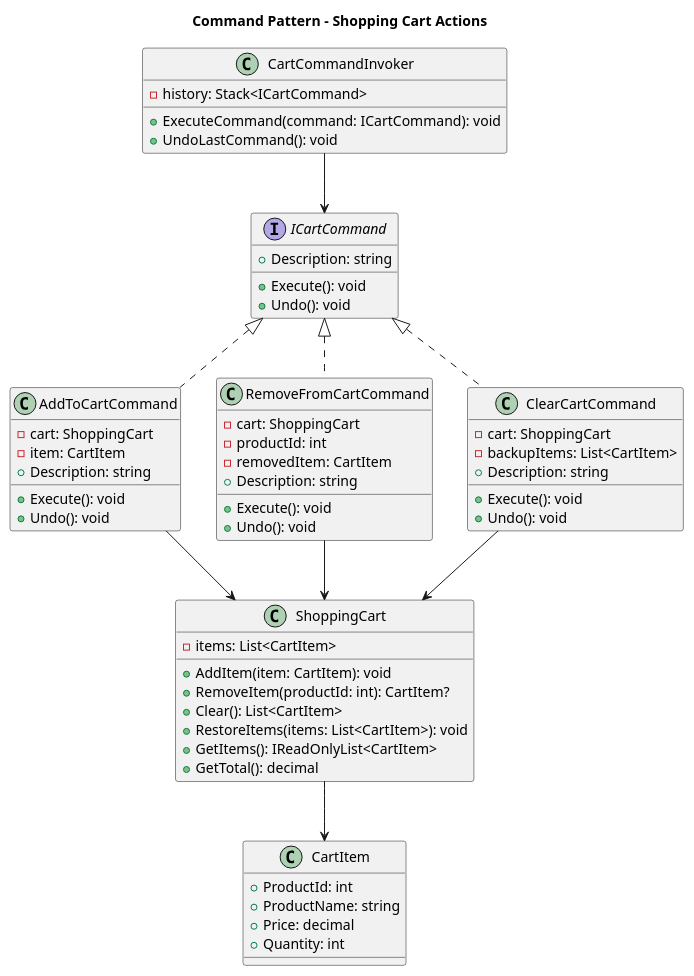
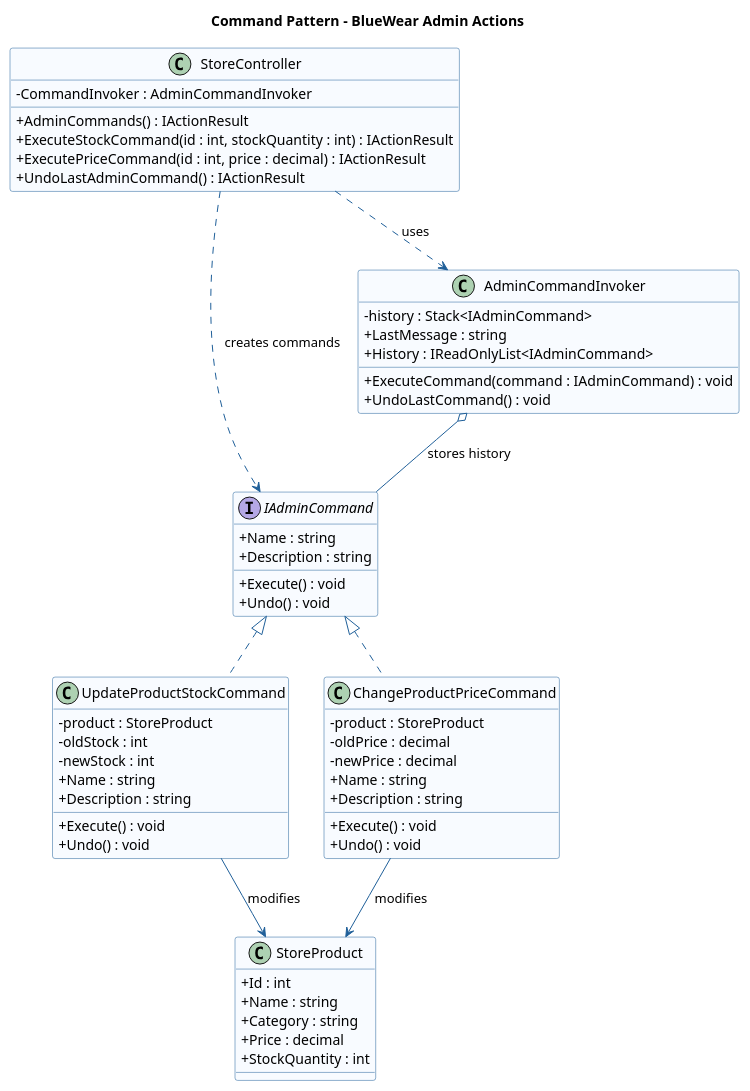
Before and after one commit to AnastasiaMoglan/OnlineClothingStore: the diagram in OnlineClothingStore/OnlineClothingStore.Core/diagrame/Command.puml, drawn with PlantUML. The commit also changed 46 other files, not shown here.

```diff
--- a/OnlineClothingStore/OnlineClothingStore.Core/diagrame/Command.puml
+++ b/OnlineClothingStore/OnlineClothingStore.Core/diagrame/Command.puml
@@ -1,68 +1,74 @@
 @startuml
-title Command Pattern - Shopping Cart Actions
+skinparam classAttributeIconSize 0
+skinparam shadowing false
 
-class CartItem {
-    +ProductId: int
-    +ProductName: string
-    +Price: decimal
-    +Quantity: int
+skinparam class {
+    BackgroundColor #F8FBFF
+    BorderColor #1F5F99
+    ArrowColor #1F5F99
 }
 
-class ShoppingCart {
-    -items: List<CartItem>
-    +AddItem(item: CartItem): void
-    +RemoveItem(productId: int): CartItem?
-    +Clear(): List<CartItem>
-    +RestoreItems(items: List<CartItem>): void
-    +GetItems(): IReadOnlyList<CartItem>
-    +GetTotal(): decimal
+title Command Pattern - BlueWear Admin Actions
+
+interface IAdminCommand {
+    + Name : string
+    + Description : string
+    + Execute() : void
+    + Undo() : void
 }
 
-interface ICartCommand {
-    +Execute(): void
-    +Undo(): void
-    +Description: string
+class UpdateProductStockCommand {
+    - product : StoreProduct
+    - oldStock : int
+    - newStock : int
+    + Name : string
+    + Description : string
+    + Execute() : void
+    + Undo() : void
 }
 
-class AddToCartCommand {
-    -cart: ShoppingCart
-    -item: CartItem
-    +Execute(): void
-    +Undo(): void
-    +Description: string
+class ChangeProductPriceCommand {
+    - product : StoreProduct
+    - oldPrice : decimal
+    - newPrice : decimal
+    + Name : string
+    + Description : string
+    + Execute() : void
+    + Undo() : void
 }
 
-class RemoveFromCartCommand {
-    -cart: ShoppingCart
-    -productId: int
-    -removedItem: CartItem
-    +Execute(): void
-    +Undo(): void
-    +Description: string
+class AdminCommandInvoker {
+    - history : Stack<IAdminCommand>
+    + LastMessage : string
+    + History : IReadOnlyList<IAdminCommand>
+    + ExecuteCommand(command : IAdminCommand) : void
+    + UndoLastCommand() : void
 }
 
-class ClearCartCommand {
-    -cart: ShoppingCart
-    -backupItems: List<CartItem>
-    +Execute(): void
-    +Undo(): void
-    +Description: string
+class StoreProduct {
+    + Id : int
+    + Name : string
+    + Category : string
+    + Price : decimal
+    + StockQuantity : int
 }
 
-class CartCommandInvoker {
-    -history: Stack<ICartCommand>
-    +ExecuteCommand(command: ICartCommand): void
-    +UndoLastCommand(): void
+class StoreController {
+    - CommandInvoker : AdminCommandInvoker
+    + AdminCommands() : IActionResult
+    + ExecuteStockCommand(id : int, stockQuantity : int) : IActionResult
+    + ExecutePriceCommand(id : int, price : decimal) : IActionResult
+    + UndoLastAdminCommand() : IActionResult
 }
 
-ICartCommand <|.. AddToCartCommand
-ICartCommand <|.. RemoveFromCartCommand
-ICartCommand <|.. ClearCartCommand
+IAdminCommand <|.. UpdateProductStockCommand
+IAdminCommand <|.. ChangeProductPriceCommand
 
-AddToCartCommand --> ShoppingCart
-RemoveFromCartCommand --> ShoppingCart
-ClearCartCommand --> ShoppingCart
-CartCommandInvoker --> ICartCommand
-ShoppingCart --> CartItem
+UpdateProductStockCommand --> StoreProduct : modifies
+ChangeProductPriceCommand --> StoreProduct : modifies
+
+AdminCommandInvoker o-- IAdminCommand : stores history
+StoreController ..> AdminCommandInvoker : uses
+StoreController ..> IAdminCommand : creates commands
 
 @enduml
```
